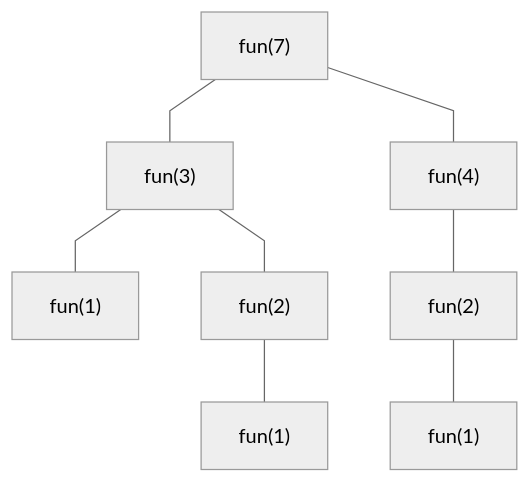
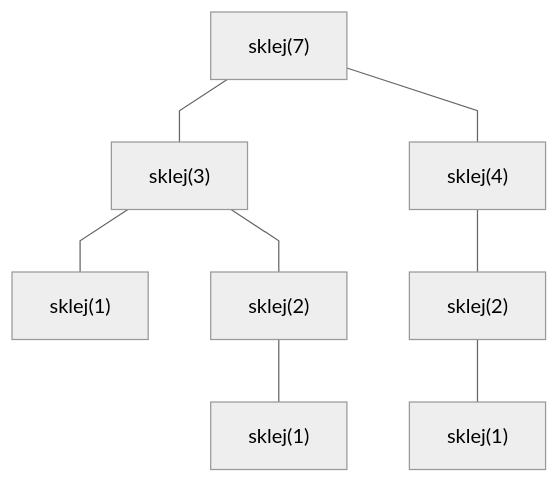
The diagram in matura-z-informatyki/przygotowanie/algorithmic/recursion/exercise-4/solution-2.md (blackbat13/cs-htiew-gitbook), drawn with Mermaid before and after one commit. The commit also changed 4 other files, not shown here.

````diff
--- a/matura-z-informatyki/przygotowanie/algorithmic/recursion/exercise-4/solution-2.md
+++ b/matura-z-informatyki/przygotowanie/algorithmic/recursion/exercise-4/solution-2.md
@@ -3,11 +3,11 @@
 ```mermaid
 %%{init: {"flowchart": {"curve": "linear"}, "theme": "neutral"} }%%
 flowchart TD
-	R["fun(7)"] --- R1["fun(3)"]
-    R --- R2["fun(4)"]
-    R1 --- R11["fun(1)"]
-    R1 --- R12["fun(2)"]
-    R12 --- R121["fun(1)"]
-    R2 --- R21["fun(2)"]
-    R21 --- R211["fun(1)"]
+	R["sklej(7)"] --- R1["sklej(3)"]
+    R --- R2["sklej(4)"]
+    R1 --- R11["sklej(1)"]
+    R1 --- R12["sklej(2)"]
+    R12 --- R121["sklej(1)"]
+    R2 --- R21["sklej(2)"]
+    R21 --- R211["sklej(1)"]
 ```
````
